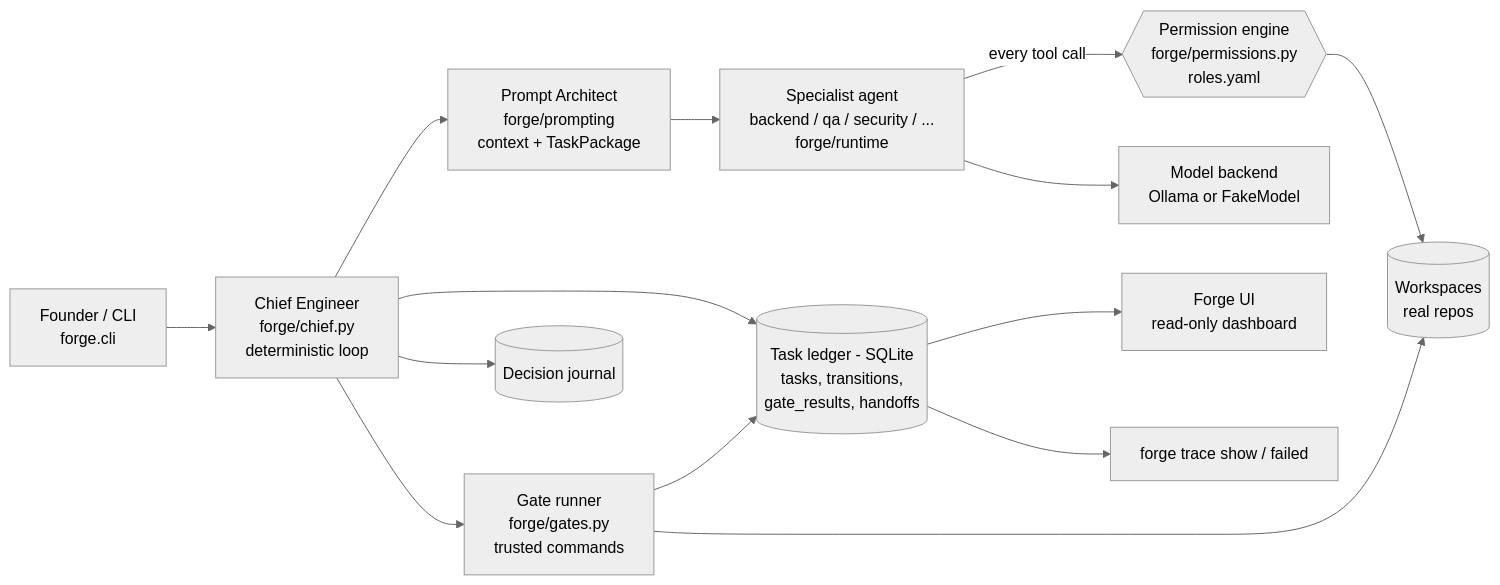
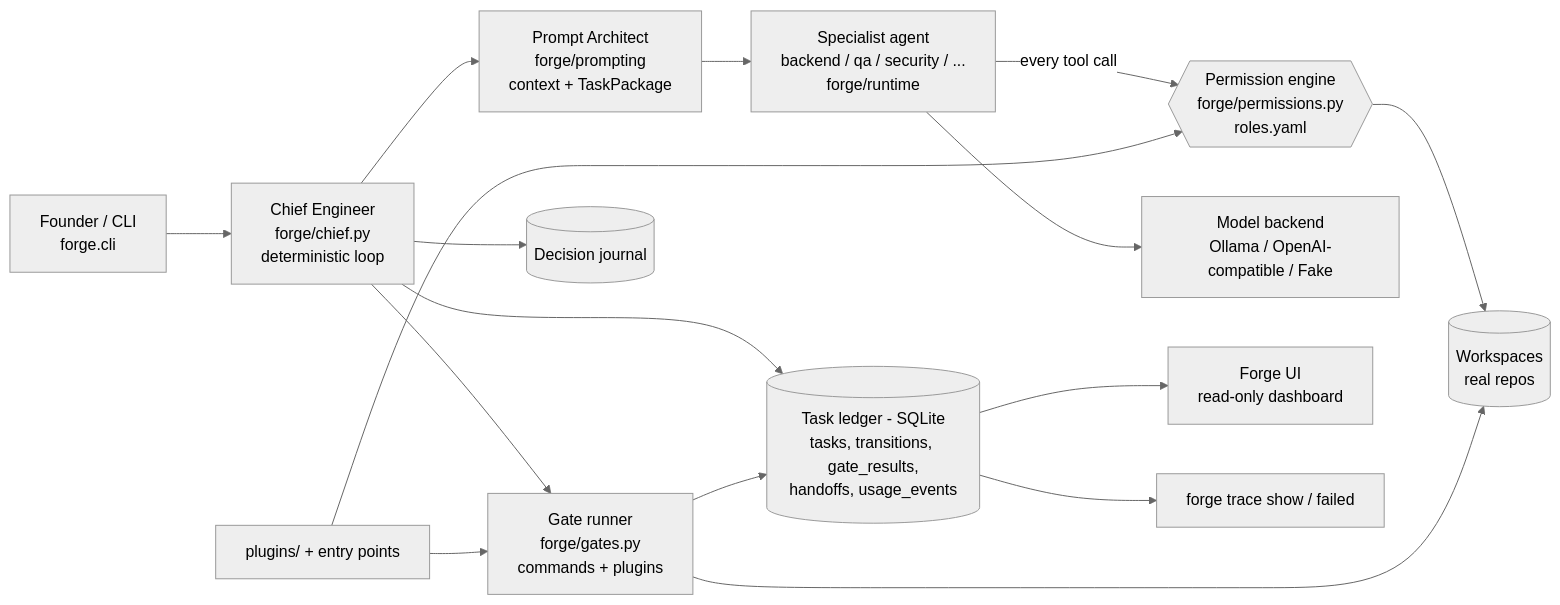
Before and after one commit to nishanttyagi28/vishwakarma: the diagram in README.md, drawn with Mermaid (neutral theme). The commit also changed other lines of this file and 3 other files, not shown here.

````diff
--- a/README.md
+++ b/README.md
@@ -37,16 +46,18 @@
 ```mermaid
 flowchart LR
     F[Founder / CLI<br/>forge.cli] --> CE[Chief Engineer<br/>forge/chief.py<br/>deterministic loop]
     CE --> PA[Prompt Architect<br/>forge/prompting<br/>context + TaskPackage]
     PA --> SP[Specialist agent<br/>backend / qa / security / ...<br/>forge/runtime]
     SP -->|every tool call| PERM{{Permission engine<br/>forge/permissions.py<br/>roles.yaml}}
     PERM --> WS[(Workspaces<br/>real repos)]
-    SP --> M[Model backend<br/>Ollama or FakeModel]
-    CE --> G[Gate runner<br/>forge/gates.py<br/>trusted commands]
+    SP --> M[Model backend<br/>Ollama / OpenAI-compatible / Fake]
+    CE --> G[Gate runner<br/>forge/gates.py<br/>commands + plugins]
     G --> WS
-    CE --> L[(Task ledger - SQLite<br/>tasks, transitions,<br/>gate_results, handoffs)]
+    CE --> L[(Task ledger - SQLite<br/>tasks, transitions, gate_results,<br/>handoffs, usage_events)]
     G --> L
     CE --> J[(Decision journal)]
+    P[plugins/ + entry points] --> G
+    P --> PERM
     L --> UI[Forge UI<br/>read-only dashboard]
     L --> TR[forge trace show / failed]
 ```
````
